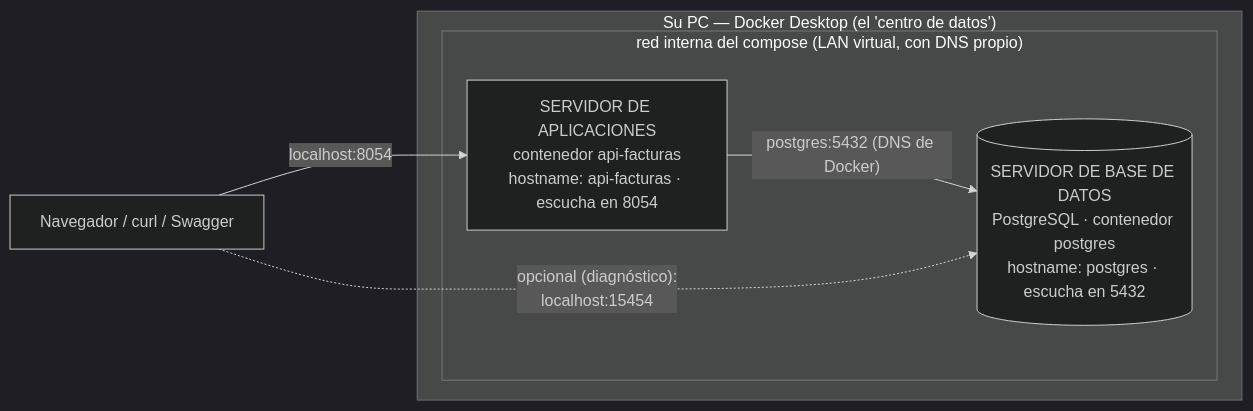
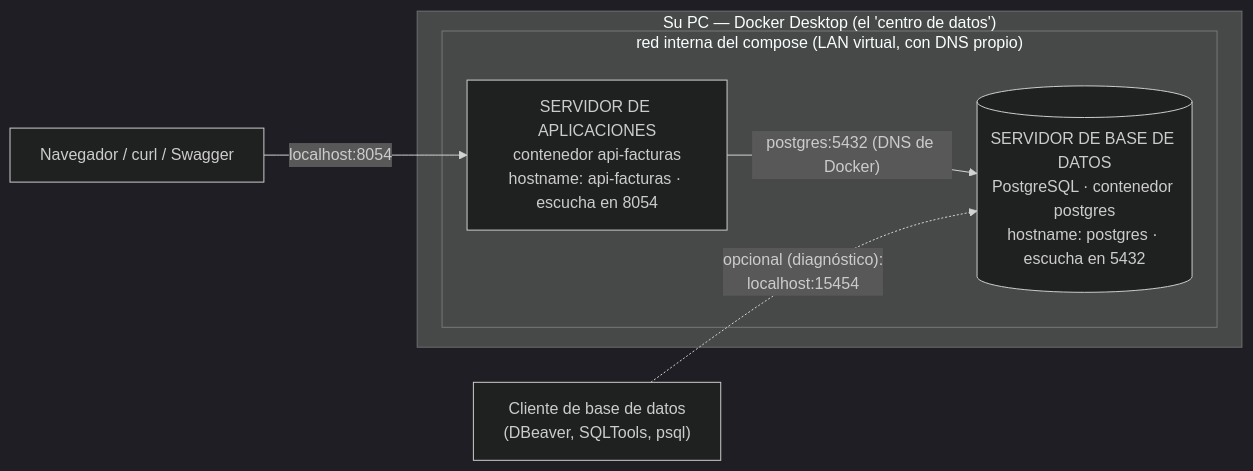
One commit to ccastro2050/proyecto_diseno_de_software3 changed the first of 2 diagrams in docs/CONCEPTOS_DOCKER.md. Above: the diagram before and after it, drawn with Mermaid (dark theme). The commit also changed other lines of this file, not shown here.

First line of the commit message:
docs(docker): el diagrama sale del docker-compose real, y ninguna flecha miente

````diff
--- a/docs/CONCEPTOS_DOCKER.md
+++ b/docs/CONCEPTOS_DOCKER.md
@@ -193,13 +193,14 @@
 ```mermaid
 flowchart LR
     NAV["Navegador / curl / Swagger"]
+    CLIENTE["Cliente de base de datos<br/>(DBeaver, SQLTools, psql)"]
     subgraph PC["Su PC — Docker Desktop (el 'centro de datos')"]
         subgraph RED["red interna del compose (LAN virtual, con DNS propio)"]
             APIFACTURAS["SERVIDOR DE APLICACIONES<br/>contenedor api-facturas<br/>hostname: api-facturas · escucha en 8054"]
             POSTGRES[("SERVIDOR DE BASE DE DATOS<br/>PostgreSQL · contenedor postgres<br/>hostname: postgres · escucha en 5432")]
         end
     end
     NAV -->|"localhost:8054"| APIFACTURAS
     APIFACTURAS -->|"postgres:5432 (DNS de Docker)"| POSTGRES
-    NAV -.->|"opcional (diagnóstico):<br/>localhost:15454"| POSTGRES
+    CLIENTE -.->|"opcional (diagnóstico):<br/>localhost:15454"| POSTGRES
 ```
````
